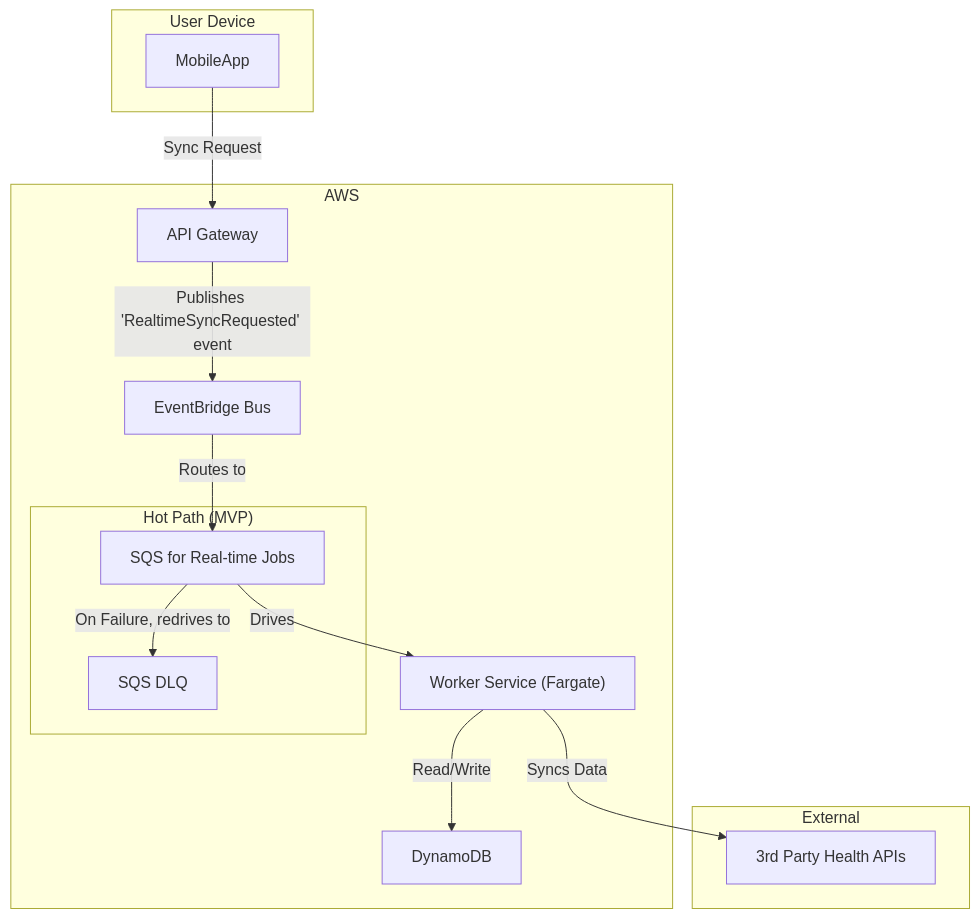
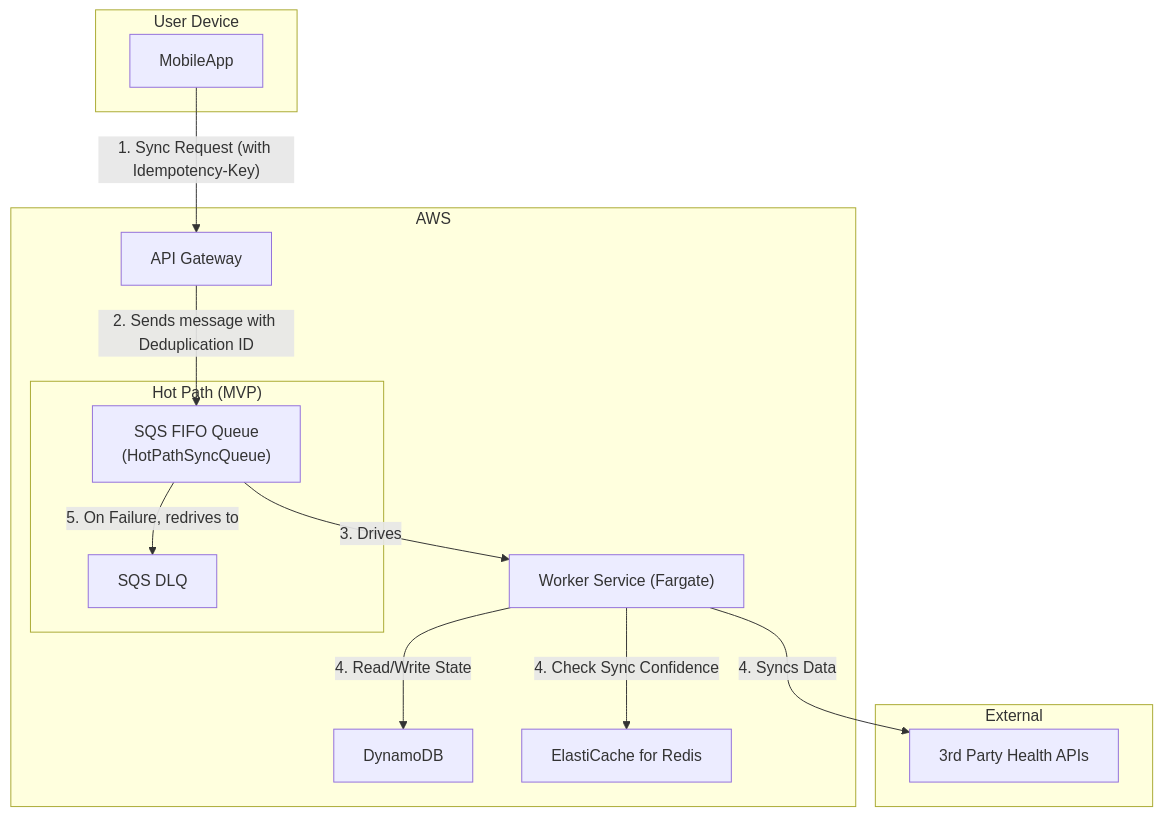
One commit to dino10bit/healthsync changed the first of 4 diagrams in 05-data-sync.md. Above: the diagram before and after it, drawn with Mermaid. The commit also changed other lines of this file and 5 other files, not shown here.

First line of the commit message:
docs: Align dependent PRD documents with technical architecture

````diff
--- a/05-data-sync.md
+++ b/05-data-sync.md
@@ -130,31 +136,31 @@
 ```mermaid
 graph TD
     subgraph User Device
         MobileApp
     end
     subgraph AWS
         APIGateway[API Gateway]
-        EventBridge[EventBridge Bus]
 
         subgraph "Hot Path (MVP)"
-            HotQueue[SQS for Real-time Jobs]
+            HotPathSyncQueue["SQS FIFO Queue<br>(HotPathSyncQueue)"]
             DLQ_SQS[SQS DLQ]
         end
 
         WorkerFargateTask["Worker Service (Fargate)"]
         DynamoDB[DynamoDB]
+        Redis[ElastiCache for Redis]
     end
     subgraph External
         ThirdPartyAPIs[3rd Party Health APIs]
     end
 
-    MobileApp -- Sync Request --> APIGateway
+    MobileApp -- "1. Sync Request (with Idempotency-Key)" --> APIGateway
 
-    APIGateway -- "Publishes 'RealtimeSyncRequested' event" --> EventBridge
-    EventBridge -- "Routes to" --> HotQueue
-    HotQueue -- Drives --> WorkerFargateTask
-    HotQueue -- "On Failure, redrives to" --> DLQ_SQS
+    APIGateway -- "2. Sends message with Deduplication ID" --> HotPathSyncQueue
+    HotPathSyncQueue -- "3. Drives" --> WorkerFargateTask
+    HotPathSyncQueue -- "5. On Failure, redrives to" --> DLQ_SQS
 
-    WorkerFargateTask -- Read/Write --> DynamoDB
-    WorkerFargateTask -- Syncs Data --> ThirdPartyAPIs
+    WorkerFargateTask -- "4. Read/Write State" --> DynamoDB
+    WorkerFargateTask -- "4. Check Sync Confidence" --> Redis
+    WorkerFargateTask -- "4. Syncs Data" --> ThirdPartyAPIs
 ```
````
